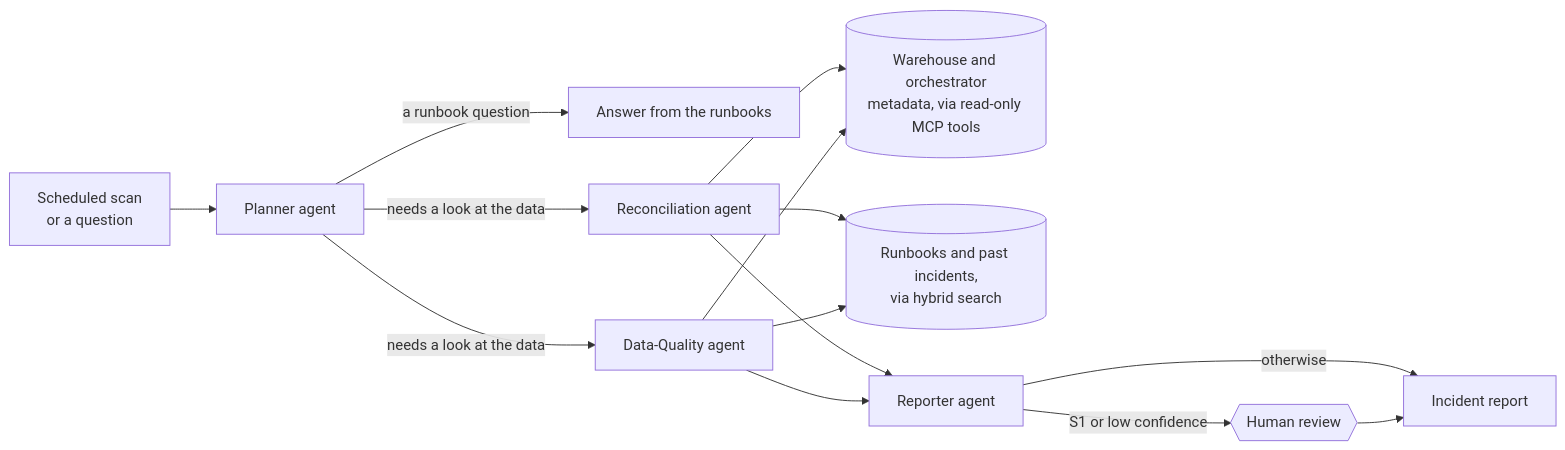
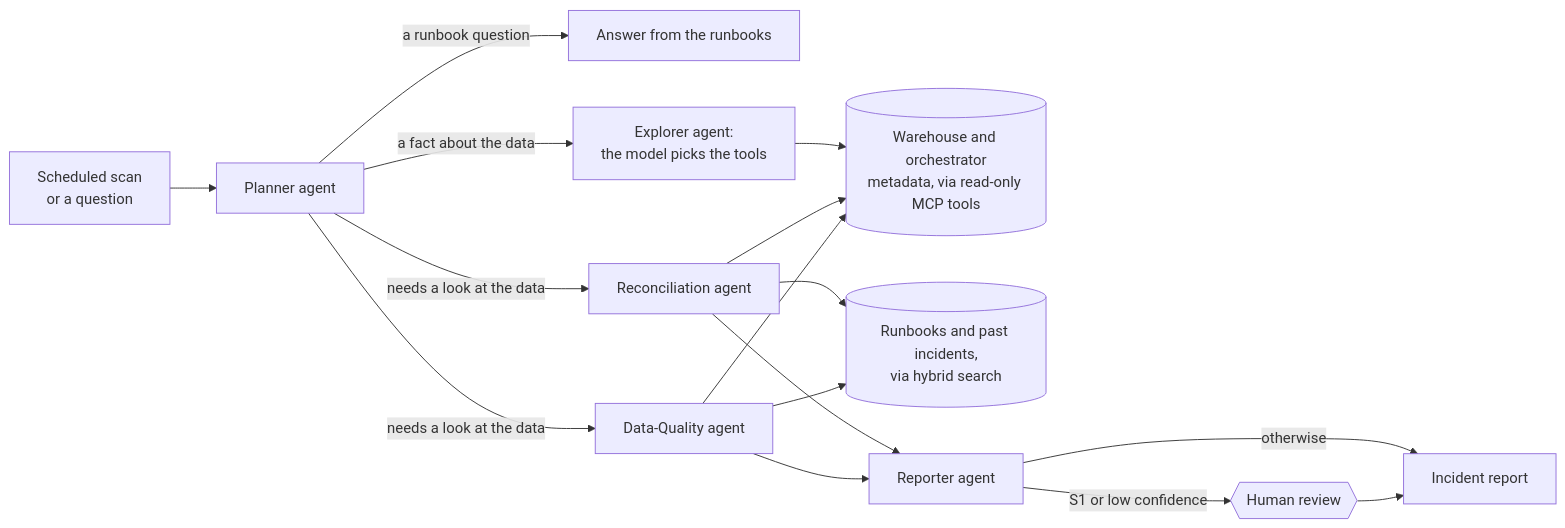
One commit to rahulramachandran-labs/reconmind changed the diagram in README.md. Above: the diagram before and after it, drawn with Mermaid. The commit also changed other lines of this file and 10 other files, not shown here.

````diff
--- a/README.md
+++ b/README.md
@@ -29,13 +29,15 @@
 ```mermaid
 flowchart LR
     T["Scheduled scan<br/>or a question"] --> P[Planner agent]
     P -- "a runbook question" --> A[Answer from the runbooks]
+    P -- "a fact about the data" --> X[Explorer agent:<br/>the model picks the tools]
+    X --> M
     P -- "needs a look at the data" --> R[Reconciliation agent]
     P -- "needs a look at the data" --> Q[Data-Quality agent]
     R & Q --> M[("Warehouse and orchestrator<br/>metadata, via read-only MCP tools")]
     R & Q --> K[("Runbooks and past incidents,<br/>via hybrid search")]
     R & Q --> REP[Reporter agent]
     REP -- "S1 or low confidence" --> H{{"Human review"}}
     REP -- "otherwise" --> OUT[Incident report]
     H --> OUT
 ```
````
